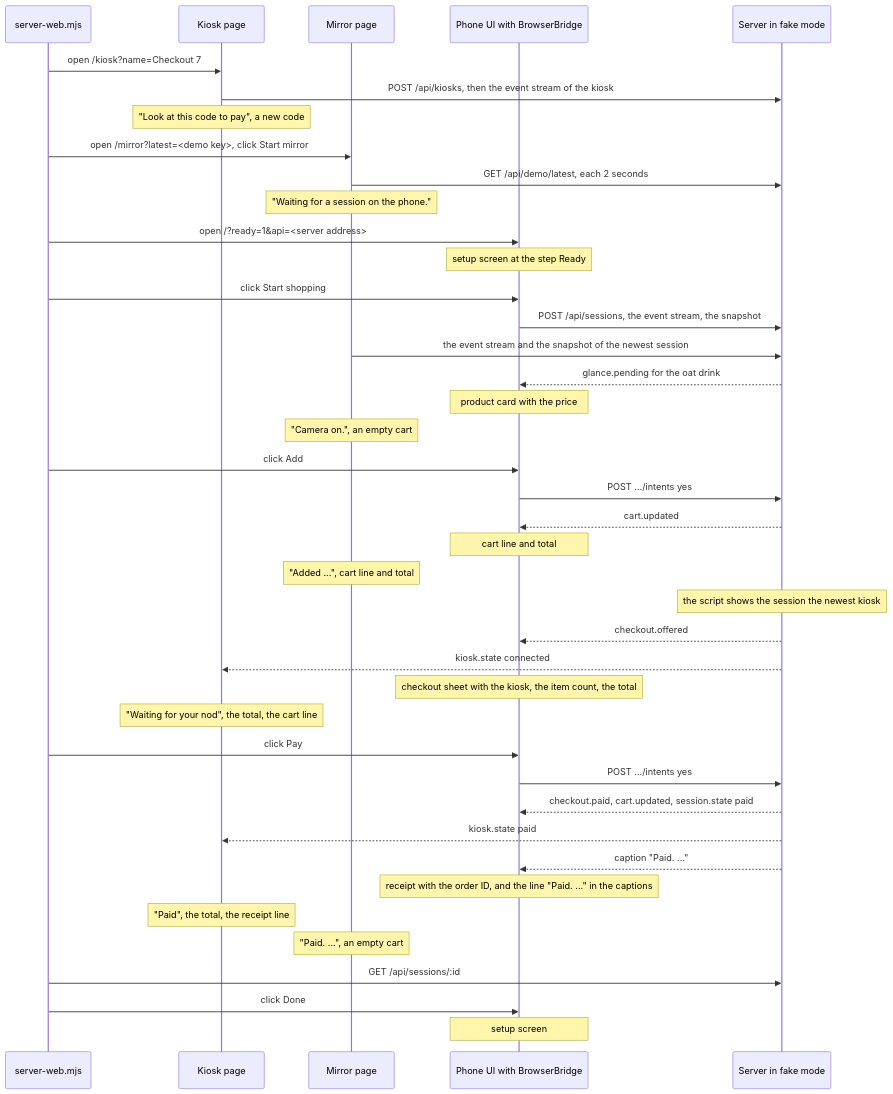
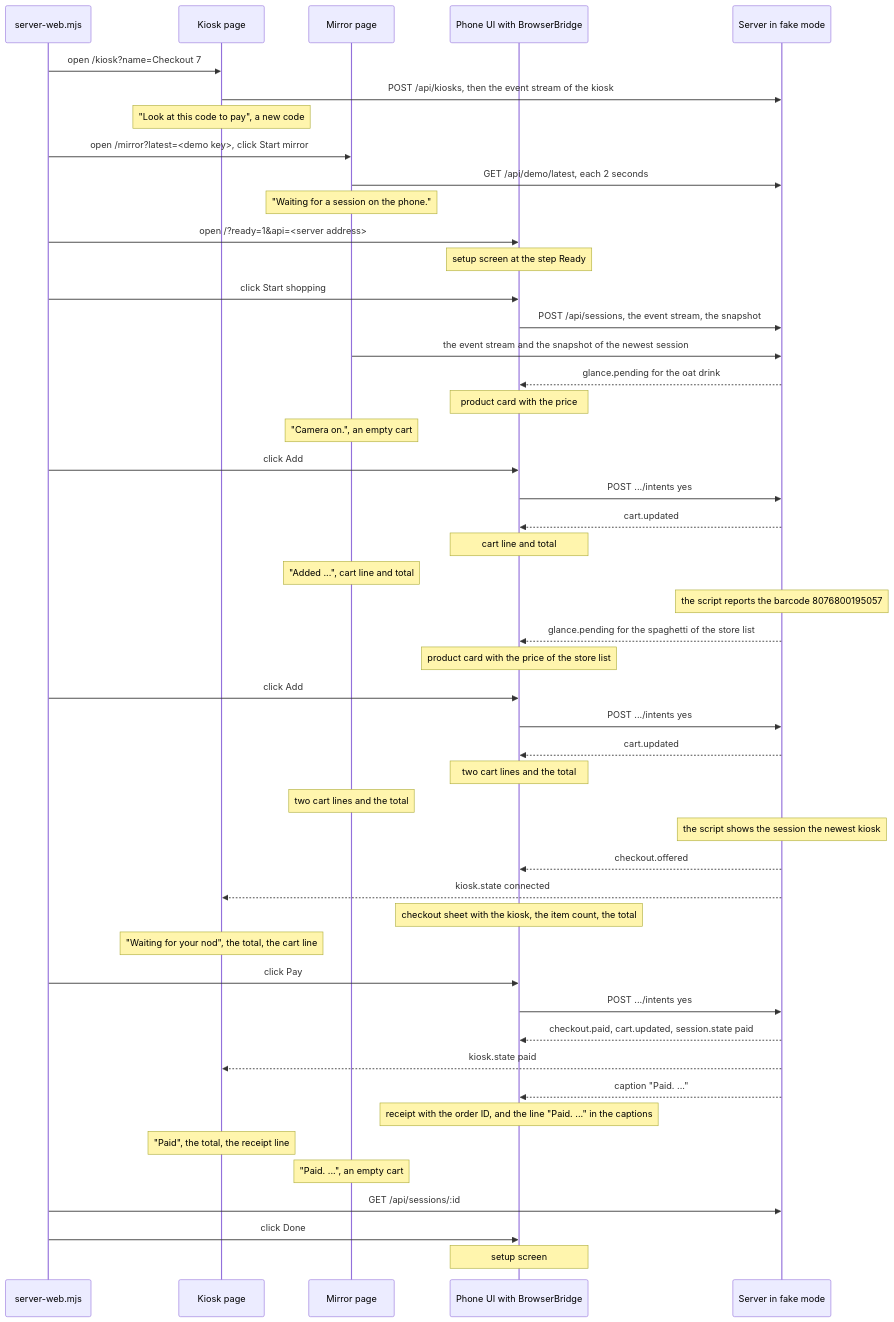
Before and after one commit to mrBymax/glance: the second of 2 diagrams in scripts/integration/README.md, drawn with Mermaid. The commit also changed other lines of this file and 2 other files, not shown here.

Commit message:
test(integration): scan a barcode of the store list in the web test

````diff
--- a/scripts/integration/README.md
+++ b/scripts/integration/README.md
@@ -60,43 +60,51 @@
 ```mermaid
 sequenceDiagram
     participant Test as server-web.mjs
     participant Kiosk as Kiosk page
     participant Mirror as Mirror page
     participant Phone as Phone UI with BrowserBridge
     participant Server as Server in fake mode
     Test->>Kiosk: open /kiosk?name=Checkout 7
     Kiosk->>Server: POST /api/kiosks, then the event stream of the kiosk
     Note over Kiosk: "Look at this code to pay", a new code
     Test->>Mirror: open /mirror?latest=<demo key>, click Start mirror
     Mirror->>Server: GET /api/demo/latest, each 2 seconds
     Note over Mirror: "Waiting for a session on the phone."
     Test->>Phone: open /?ready=1&api=<server address>
     Note over Phone: setup screen at the step Ready
     Test->>Phone: click Start shopping
     Phone->>Server: POST /api/sessions, the event stream, the snapshot
     Mirror->>Server: the event stream and the snapshot of the newest session
     Server-->>Phone: glance.pending for the oat drink
     Note over Phone: product card with the price
     Note over Mirror: "Camera on.", an empty cart
     Test->>Phone: click Add
     Phone->>Server: POST .../intents yes
     Server-->>Phone: cart.updated
     Note over Phone: cart line and total
     Note over Mirror: "Added ...", cart line and total
+    Note over Server: the script reports the barcode 8076800195057
+    Server-->>Phone: glance.pending for the spaghetti of the store list
+    Note over Phone: product card with the price of the store list
+    Test->>Phone: click Add
+    Phone->>Server: POST .../intents yes
+    Server-->>Phone: cart.updated
+    Note over Phone: two cart lines and the total
+    Note over Mirror: two cart lines and the total
     Note over Server: the script shows the session the newest kiosk
     Server-->>Phone: checkout.offered
     Server-->>Kiosk: kiosk.state connected
     Note over Phone: checkout sheet with the kiosk, the item count, the total
     Note over Kiosk: "Waiting for your nod", the total, the cart line
     Test->>Phone: click Pay
     Phone->>Server: POST .../intents yes
     Server-->>Phone: checkout.paid, cart.updated, session.state paid
     Server-->>Kiosk: kiosk.state paid
     Server-->>Phone: caption "Paid. ..."
     Note over Phone: receipt with the order ID, and the line "Paid. ..." in the captions
     Note over Kiosk: "Paid", the total, the receipt line
     Note over Mirror: "Paid. ...", an empty cart
     Test->>Server: GET /api/sessions/:id
     Test->>Phone: click Done
     Note over Phone: setup screen
 ```
````
